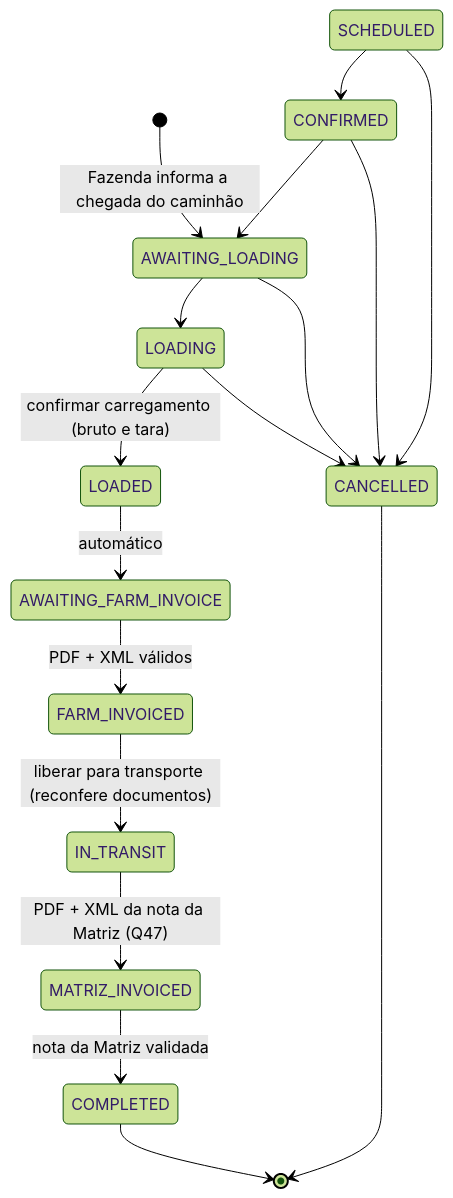
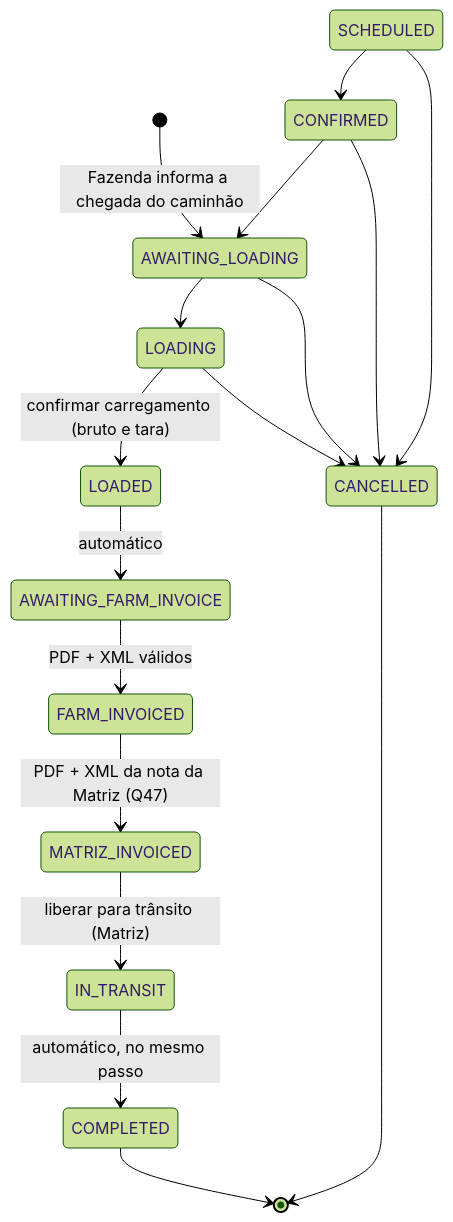
The second of 3 diagrams in docs/state-machines.md (antoniocavali/Ordens_2.0), drawn with Mermaid (forest theme) before and after one commit. The commit also changed other lines of this file and 27 other files, not shown here.

First line of the commit message:
feat(cargas): Matriz fatura antes do trânsito e a próxima etapa aparece no topo da ordem (#115)

````diff
--- a/docs/state-machines.md
+++ b/docs/state-machines.md
@@ -58,19 +58,19 @@
 ```mermaid
 stateDiagram-v2
   [*] --> AWAITING_LOADING: Fazenda informa a chegada do caminhão
   SCHEDULED --> CONFIRMED
   CONFIRMED --> AWAITING_LOADING
   AWAITING_LOADING --> LOADING
   LOADING --> LOADED: confirmar carregamento (bruto e tara)
   LOADED --> AWAITING_FARM_INVOICE: automático
   AWAITING_FARM_INVOICE --> FARM_INVOICED: PDF + XML válidos
-  FARM_INVOICED --> IN_TRANSIT: liberar para transporte (reconfere documentos)
-  IN_TRANSIT --> MATRIZ_INVOICED: PDF + XML da nota da Matriz (Q47)
-  MATRIZ_INVOICED --> COMPLETED: nota da Matriz validada
+  FARM_INVOICED --> MATRIZ_INVOICED: PDF + XML da nota da Matriz (Q47)
+  MATRIZ_INVOICED --> IN_TRANSIT: liberar para trânsito (Matriz)
+  IN_TRANSIT --> COMPLETED: automático, no mesmo passo
   SCHEDULED --> CANCELLED
   CONFIRMED --> CANCELLED
   AWAITING_LOADING --> CANCELLED
   LOADING --> CANCELLED
   COMPLETED --> [*]
   CANCELLED --> [*]
 ```
````
